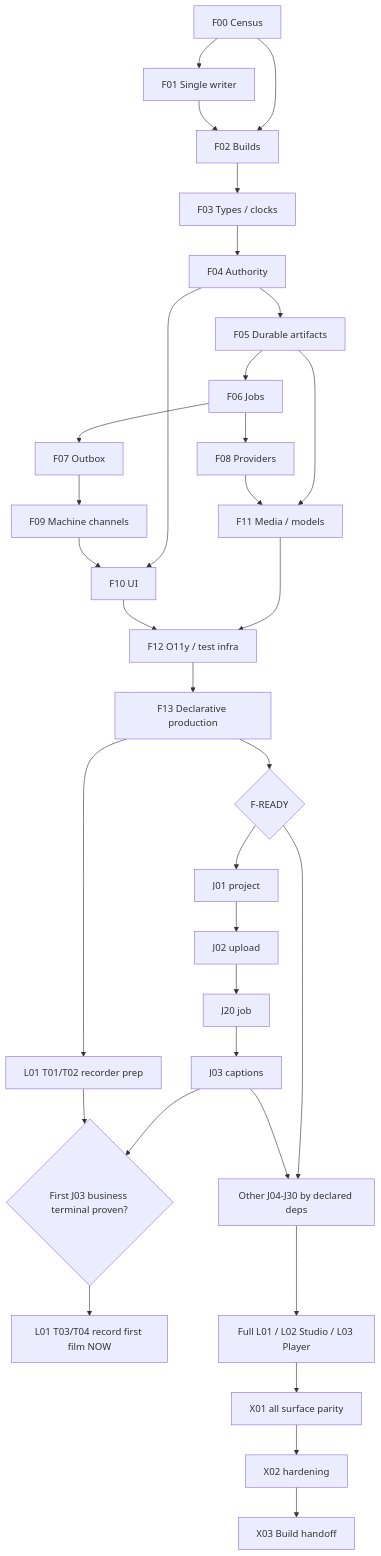
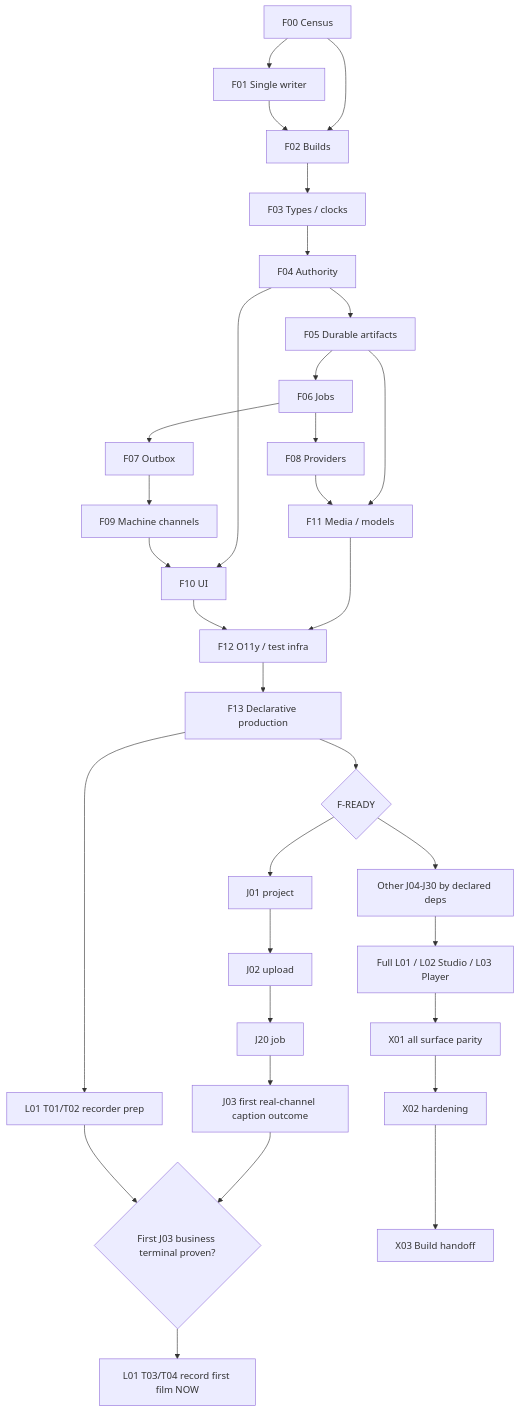
One commit to samujjwal/ghatana-media changed the second of 2 diagrams in docs/implementation/MEDIA-BUILD-IMPLEMENTATION-PLAN.md. Above: the diagram before and after it, drawn with Mermaid. The commit also changed other lines of this file, not shown here.

Commit message:
Allow first real-channel customer film before full vertical channel parity

````diff
--- a/docs/implementation/MEDIA-BUILD-IMPLEMENTATION-PLAN.md
+++ b/docs/implementation/MEDIA-BUILD-IMPLEMENTATION-PLAN.md
@@ -922,35 +922,34 @@
 ```mermaid
 flowchart TD
  F00[F00 Census]-->F01[F01 Single writer]
  F00-->F02[F02 Builds]
  F01-->F02
  F02-->F03[F03 Types / clocks]
  F03-->F04[F04 Authority]
  F04-->F05[F05 Durable artifacts]
  F05-->F06[F06 Jobs]
  F06-->F07[F07 Outbox]
  F06-->F08[F08 Providers]
  F07-->F09[F09 Machine channels]
  F04-->F10[F10 UI]
  F09-->F10
  F05-->F11[F11 Media / models]
  F08-->F11
  F11-->F12[F12 O11y / test infra]
  F10-->F12
  F12-->F13[F13 Declarative production]
  F13-->G{F-READY}
  G-->V01[J01 project]
  V01-->V02[J02 upload]
  V02-->V20[J20 job]
- V20-->V03[J03 captions]
+ V20-->V03[J03 first real-channel caption outcome]
  G-->CORE[Other J04-J30 by declared deps]
- V03-->CORE
  F13-->RP[L01 T01/T02 recorder prep]
  V03-->BR{First J03 business terminal proven?}
  RP-->BR
  BR-->RF[L01 T03/T04 record first film NOW]
  CORE-->L[Full L01 / L02 Studio / L03 Player]
  L-->X01[X01 all surface parity]
  X01-->X02[X02 hardening]
  X02-->X03[X03 Build handoff]
 ```
````
